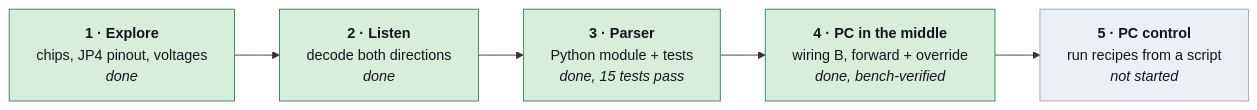
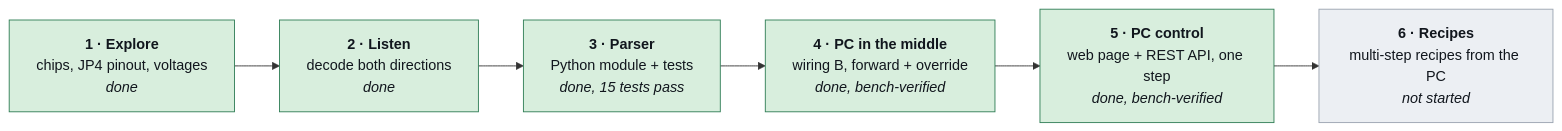
Before and after one commit to coport-uni/SpinCoaterAutomationMidas: the first of 2 diagrams in README.md, drawn with Mermaid. The commit also changed other lines of this file and 2 other files, not shown here.

First line of the commit message:
docs(readme): add web control section

````diff
--- a/README.md
+++ b/README.md
@@ -36,15 +37,16 @@
 ```mermaid
 flowchart LR
     S1["<b>1 · Explore</b><br/>chips, JP4 pinout, voltages<br/><i>done</i>"]
     S2["<b>2 · Listen</b><br/>decode both directions<br/><i>done</i>"]
     S3["<b>3 · Parser</b><br/>Python module + tests<br/><i>done, 15 tests pass</i>"]
     S4["<b>4 · PC in the middle</b><br/>wiring B, forward + override<br/><i>done, bench-verified</i>"]
-    S5["<b>5 · PC control</b><br/>run recipes from a script<br/><i>not started</i>"]
-    S1 --> S2 --> S3 --> S4 --> S5
+    S5["<b>5 · PC control</b><br/>web page + REST API, one step<br/><i>done, bench-verified</i>"]
+    S6["<b>6 · Recipes</b><br/>multi-step recipes from the PC<br/><i>not started</i>"]
+    S1 --> S2 --> S3 --> S4 --> S5 --> S6
 
     classDef done fill:#d8eedd,stroke:#2f7d55,color:#11161d
     classDef part fill:#fdf0d0,stroke:#a8821f,color:#11161d
     classDef todo fill:#eceff3,stroke:#9aa3b0,color:#11161d
-    class S1,S2,S3,S4 done
-    class S5 todo
+    class S1,S2,S3,S4,S5 done
+    class S6 todo
 ```
````
